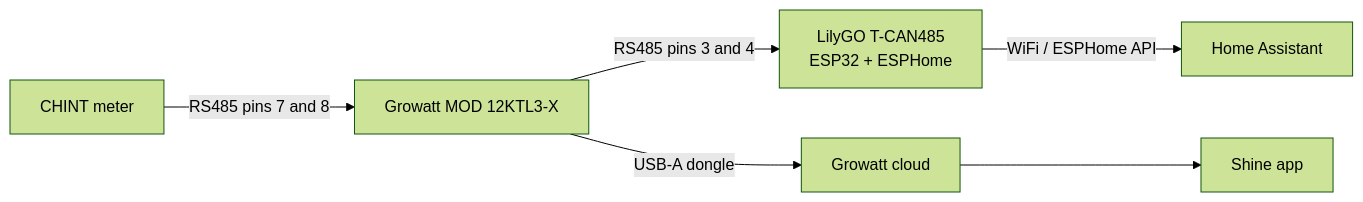
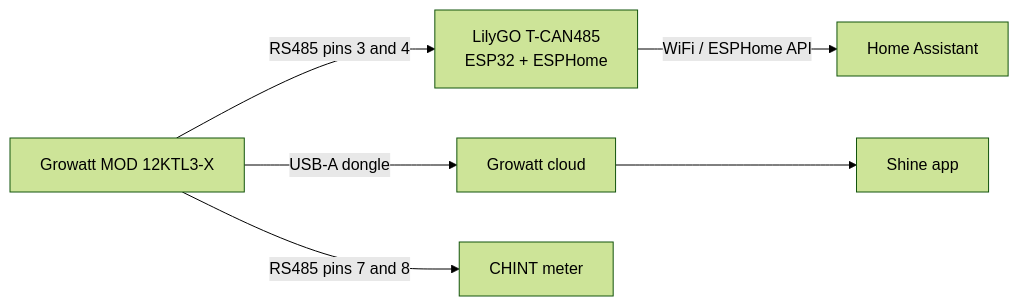
The diagram in ai-stuff/local-solar-monitoring-with-claude.md (vtmocanu/hai), drawn with Mermaid (forest theme) before and after one commit. The commit also changed 10 other files, not shown here.

````diff
--- a/ai-stuff/local-solar-monitoring-with-claude.md
+++ b/ai-stuff/local-solar-monitoring-with-claude.md
@@ -40,8 +40,8 @@
 ```mermaid
 flowchart LR
   PV[Growatt MOD 12KTL3-X] -- RS485 pins 3 and 4 --> LILY[LilyGO T-CAN485<br/>ESP32 + ESPHome]
   LILY -- WiFi / ESPHome API --> HA[Home Assistant]
   PV -- USB-A dongle --> CLOUD[Growatt cloud]
   CLOUD --> SHINE[Shine app]
-  METER[CHINT meter] -- RS485 pins 7 and 8 --> PV
+  PV -- RS485 pins 7 and 8 --> METER[CHINT meter]
 ```
````
